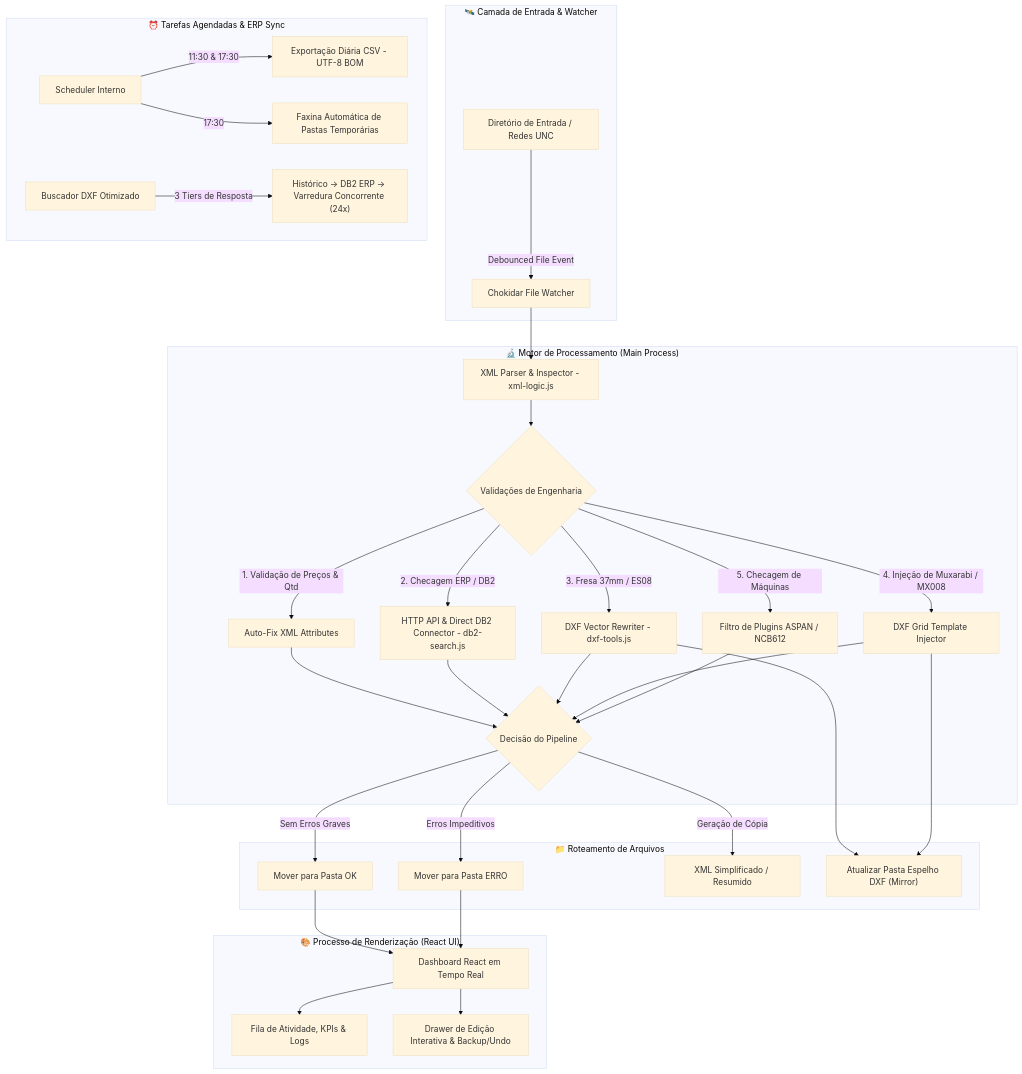
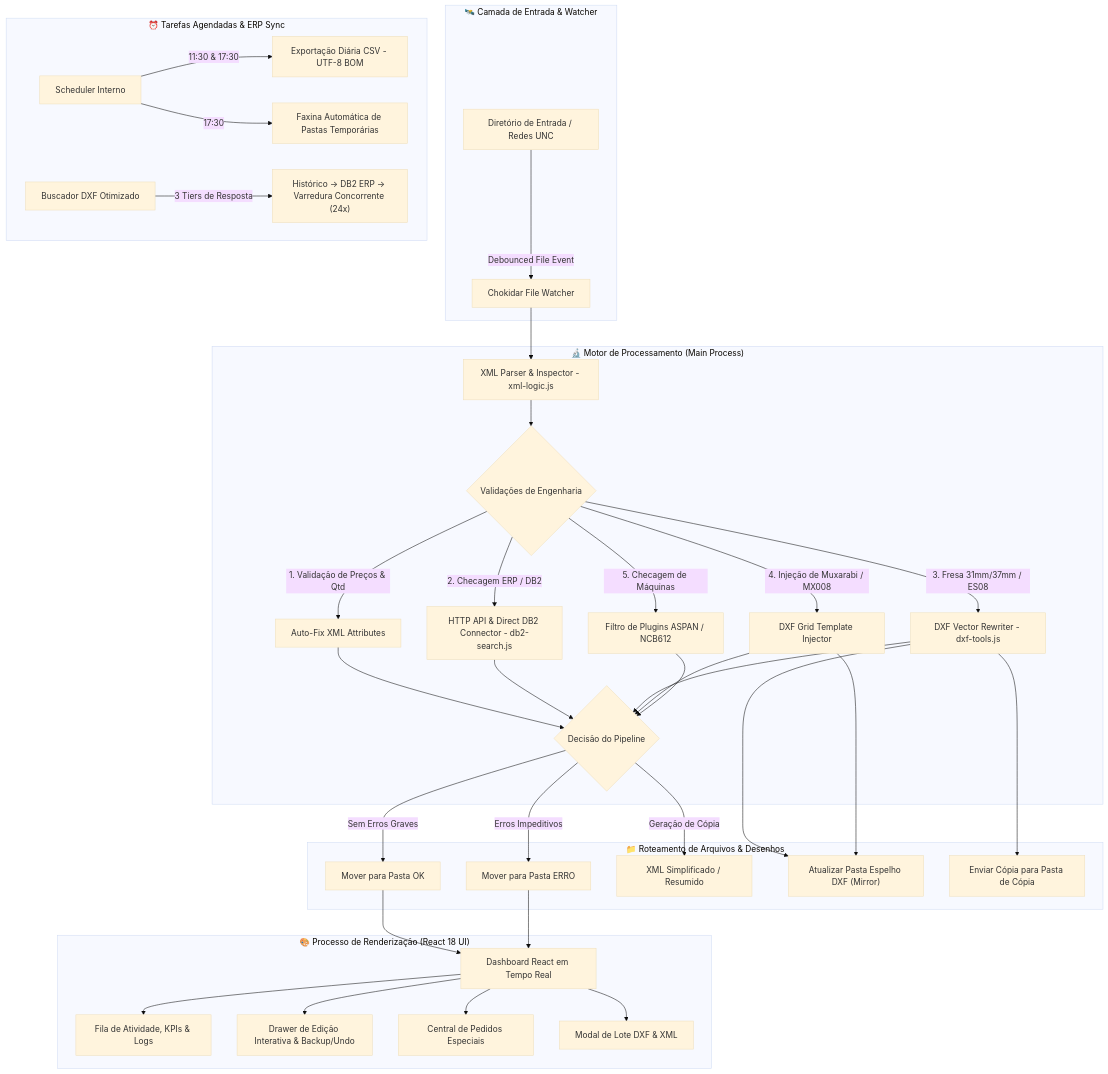
The diagram in README.md (betolara1/Bartz-Analyzer), drawn with Mermaid (base theme) before and after one commit. The commit also changed other lines of this file and 18 other files, not shown here.

````diff
--- a/README.md
+++ b/README.md
@@ -50,44 +52,47 @@
 ```mermaid
 graph TD
     subgraph Monitoramento ["🛰️ Camada de Entrada & Watcher"]
         A["Diretório de Entrada / Redes UNC"] -->|Debounced File Event| B["Chokidar File Watcher"]
     end
 
     subgraph CoreEngine ["🔬 Motor de Processamento (Main Process)"]
         B --> C["XML Parser & Inspector - xml-logic.js"]
         C --> D{"Validações de Engenharia"}
         
         D -->|1. Validação de Preços & Qtd| E["Auto-Fix XML Attributes"]
         D -->|2. Checagem ERP / DB2| F["HTTP API & Direct DB2 Connector - db2-search.js"]
-        D -->|3. Fresa 37mm / ES08| G["DXF Vector Rewriter - dxf-tools.js"]
+        D -->|3. Fresa 31mm/37mm / ES08| G["DXF Vector Rewriter - dxf-tools.js"]
         D -->|4. Injeção de Muxarabi / MX008| H["DXF Grid Template Injector"]
         D -->|5. Checagem de Máquinas| I["Filtro de Plugins ASPAN / NCB612"]
         
         E --> J{"Decisão do Pipeline"}
         F --> J
         G --> J
         H --> J
         I --> J
     end
 
-    subgraph OutputRouting ["📁 Roteamento de Arquivos"]
+    subgraph OutputRouting ["📁 Roteamento de Arquivos & Desenhos"]
         J -->|Sem Erros Graves| K["Mover para Pasta OK"]
         J -->|Erros Impeditivos| L["Mover para Pasta ERRO"]
         J -->|Geração de Cópia| M["XML Simplificado / Resumido"]
         G --> N["Atualizar Pasta Espelho DXF (Mirror)"]
+        G --> NC["Enviar Cópia para Pasta de Cópia"]
         H --> N
     end
 
-    subgraph UserInterface ["🎨 Processo de Renderização (React UI)"]
+    subgraph UserInterface ["🎨 Processo de Renderização (React 18 UI)"]
         K --> O["Dashboard React em Tempo Real"]
         L --> O
         O --> P["Fila de Atividade, KPIs & Logs"]
         O --> Q["Drawer de Edição Interativa & Backup/Undo"]
+        O --> SPE["Central de Pedidos Especiais"]
+        O --> BATCH["Modal de Lote DXF & XML"]
     end
 
     subgraph Automation ["⏰ Tarefas Agendadas & ERP Sync"]
         R["Scheduler Interno"] -->|11:30 & 17:30| S["Exportação Diária CSV - UTF-8 BOM"]
         R -->|17:30| T["Faxina Automática de Pastas Temporárias"]
         U["Buscador DXF Otimizado"] -->|3 Tiers de Resposta| V["Histórico -> DB2 ERP -> Varredura Concorrente (24x)"]
     end
 ```
````
